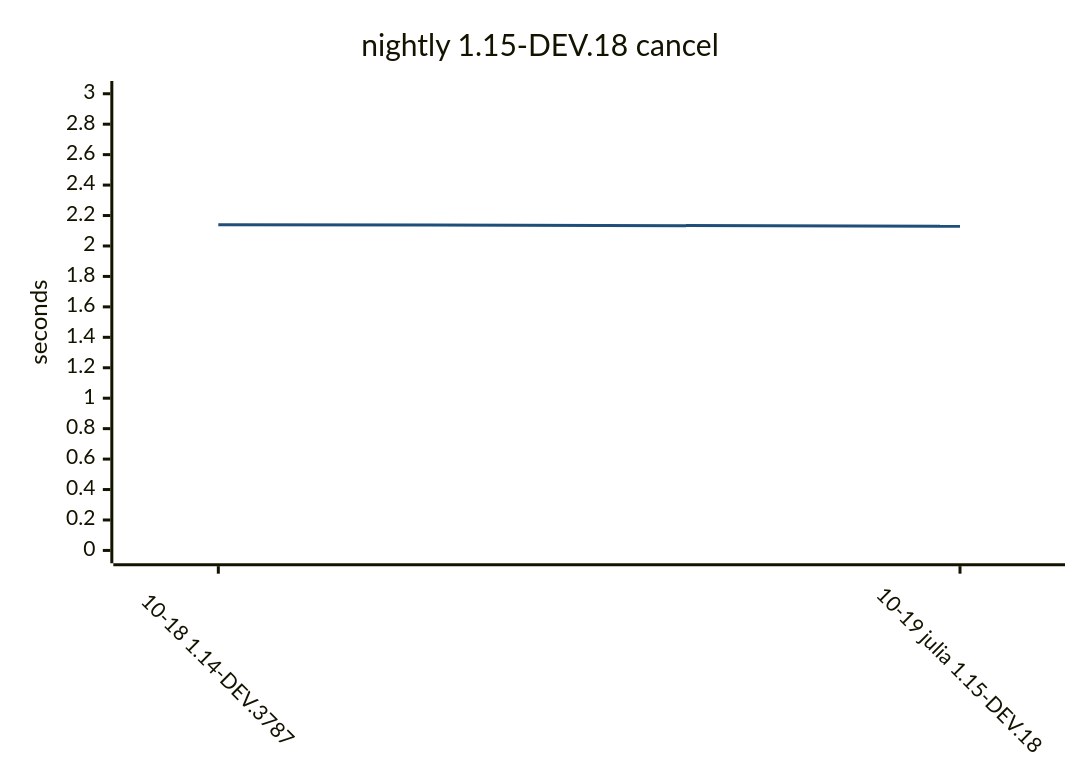
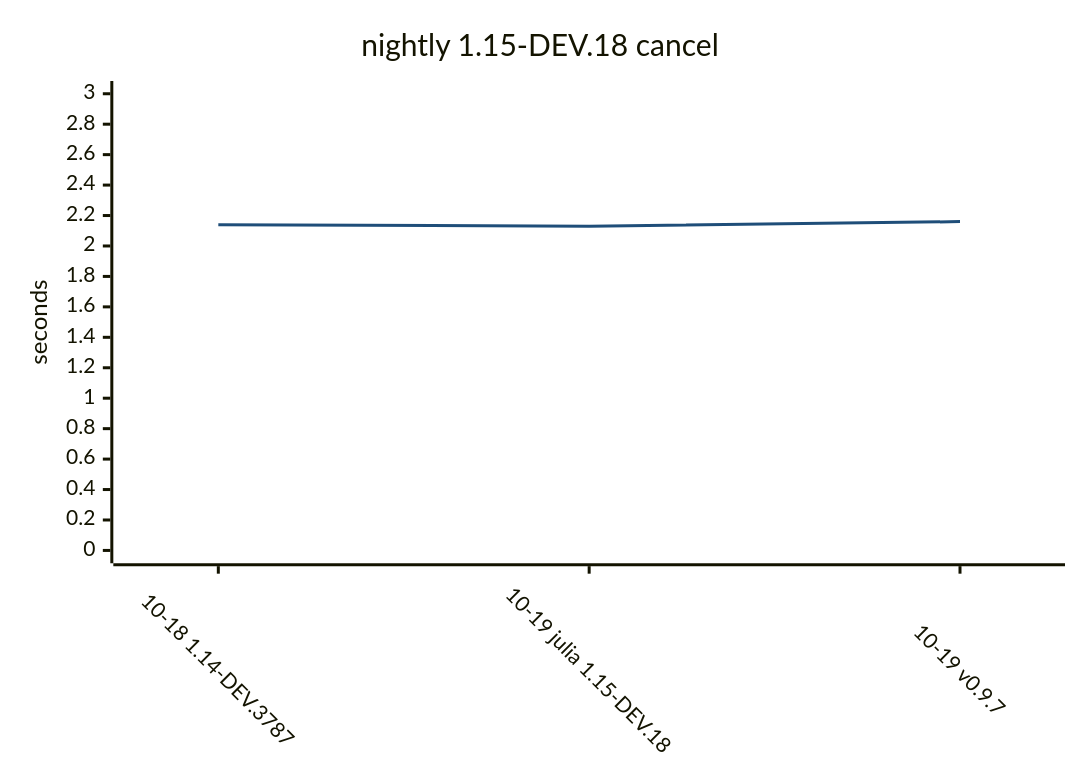
Before and after one commit to yamanori99/DistSSHQueue.jl: diagram 15 of 15 in README.md, drawn with Mermaid. The commit also changed other lines of this file and 1 other file, not shown here.

````diff
--- a/README.md
+++ b/README.md
@@ -517,17 +515,17 @@
 ```mermaid
 ---
 config:
   theme: base
   themeVariables:
     xyChart:
       plotColorPalette: "#1f4e79"
   xyChart:
     xAxis:
       labelRotation: 45
 ---
 xychart-beta
     title "nightly 1.15-DEV.18 cancel"
-    x-axis ["10-18 1.14-DEV.3787", "10-19 julia 1.15-DEV.18"]
+    x-axis ["10-18 1.14-DEV.3787", "10-19 julia 1.15-DEV.18", "10-19 v0.9.7"]
     y-axis "seconds" 0 --> 3
-    line [2.14, 2.13]
+    line [2.14, 2.13, 2.16]
 ```
````
